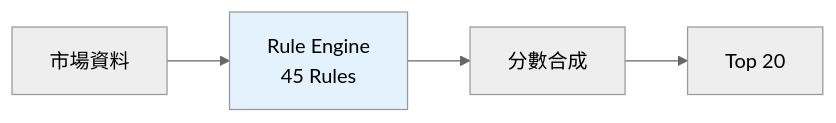
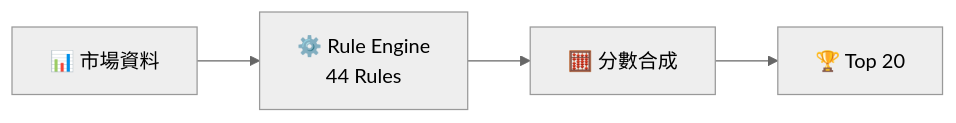
Before and after one commit to Neal75418/afterclose: the first of 3 diagrams in docs/RULE_ENGINE.md, drawn with Mermaid (neutral theme). The commit also changed other lines of this file and 2 other files, not shown here.

First line of the commit message:
docs: 更新規則引擎文件與流程圖

````diff
--- a/docs/RULE_ENGINE.md
+++ b/docs/RULE_ENGINE.md
@@ -9,11 +9,9 @@
 ```mermaid
 flowchart LR
-    Data["市場資料"]
-    Engine["Rule Engine<br/>45 Rules"]
-    Score["分數合成"]
-    Top["Top 20"]
+    Data["📊 市場資料"]
+    Engine["⚙️ Rule Engine<br/>44 Rules"]
+    Score["🧮 分數合成"]
+    Top["🏆 Top 20"]
 
     Data --> Engine --> Score --> Top
-
-    style Engine fill:#e3f2fd
 ```
````
